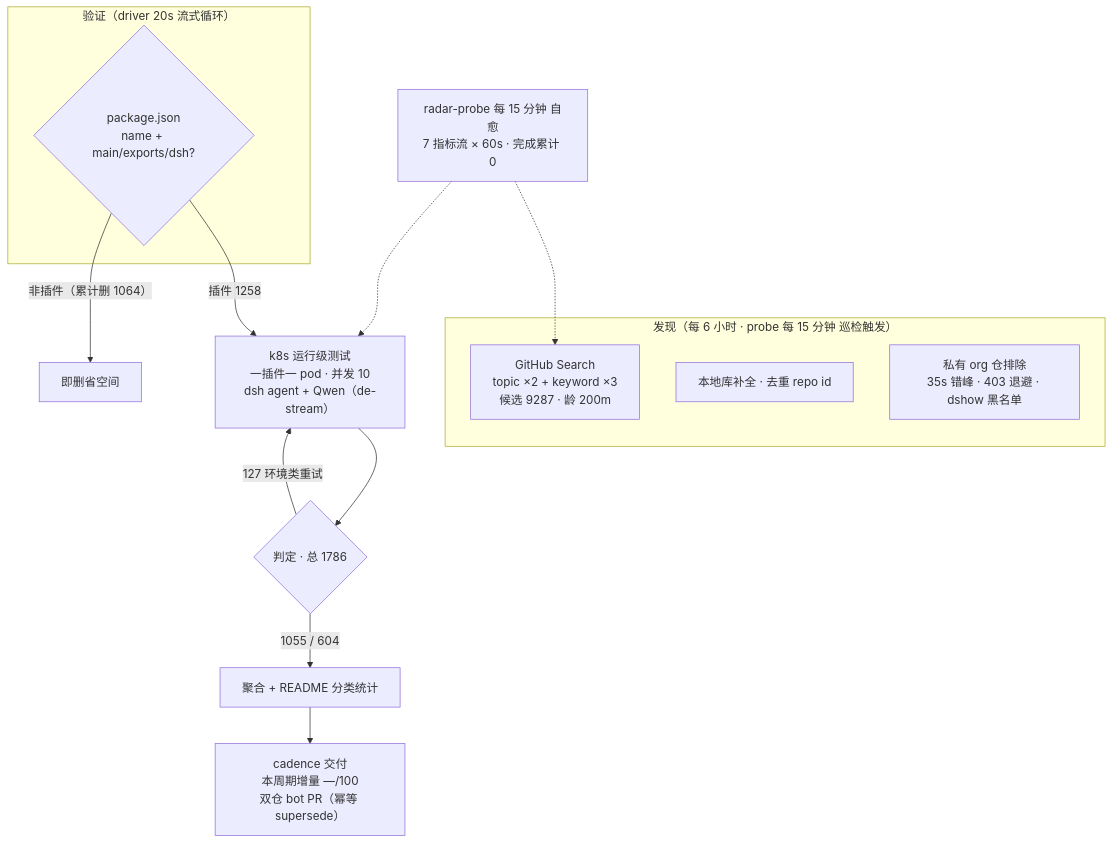
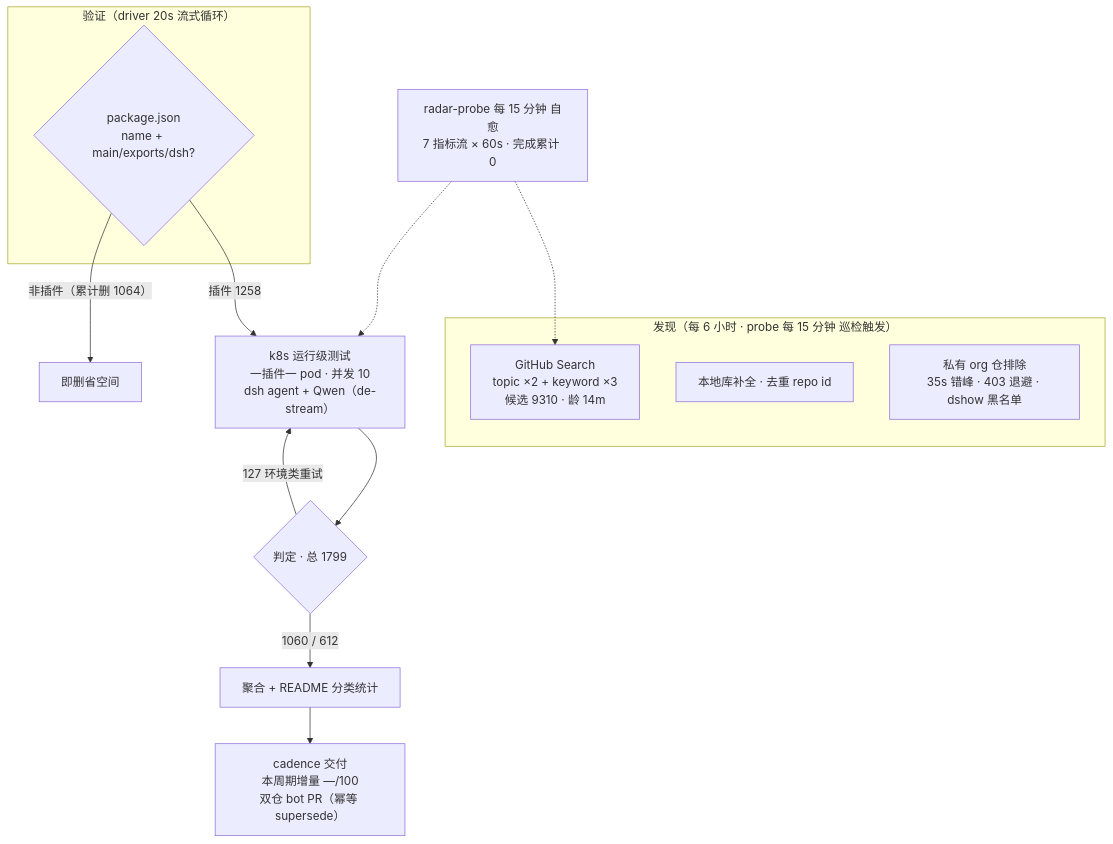
Before and after one commit to Zhidao-Lab-OSS/awesome-dsh-plugins: the diagram in README.md, drawn with Mermaid. The commit also changed other lines of this file and 1 other file, not shown here.

````diff
--- a/README.md
+++ b/README.md
@@ -37,19 +37,19 @@
 ```mermaid
 flowchart TB
     subgraph Discovery[" 发现（每 6 小时 · probe 每 15 分钟 巡检触发）"]
-        A1["GitHub Search<br/>topic ×2 + keyword ×3<br/>候选 9287 · 龄 200m"]
+        A1["GitHub Search<br/>topic ×2 + keyword ×3<br/>候选 9310 · 龄 14m"]
         A2["本地库补全 · 去重 repo id"]
         A3[" 私有 org 仓排除<br/>35s 错峰 · 403 退避 · dshow 黑名单"]
     end
     subgraph Validation[" 验证（driver 20s 流式循环）"]
         B1{"package.json<br/>name + main/exports/dsh?"}
     end
     B1 -->|"插件 1258"| C1["k8s 运行级测试<br/>一插件一 pod · 并发 10<br/>dsh agent + Qwen（de-stream）"]
     B1 -->|"非插件（累计删 1064）"| B3[" 即删省空间"]
-    C1 --> D1{"判定 · 总 1786"}
-    D1 -->|" 1055 /  604"| E1["聚合 + README 分类统计"]
+    C1 --> D1{"判定 · 总 1799"}
+    D1 -->|" 1060 /  612"| E1["聚合 + README 分类统计"]
     D1 -->|" 127 环境类重试"| C1
     E1 --> E2["cadence 交付<br/>本周期增量 —/100<br/>双仓 bot PR（幂等 supersede）"]
     M[" radar-probe 每 15 分钟 自愈<br/>7 指标流 × 60s · 完成累计 0"] -.-> A1
     M -.-> C1
 ```
````
